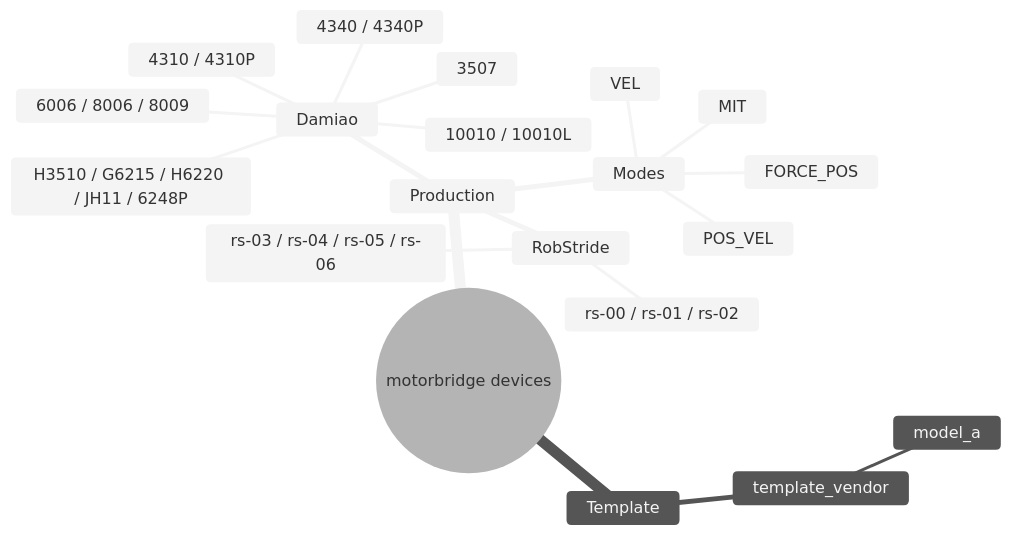
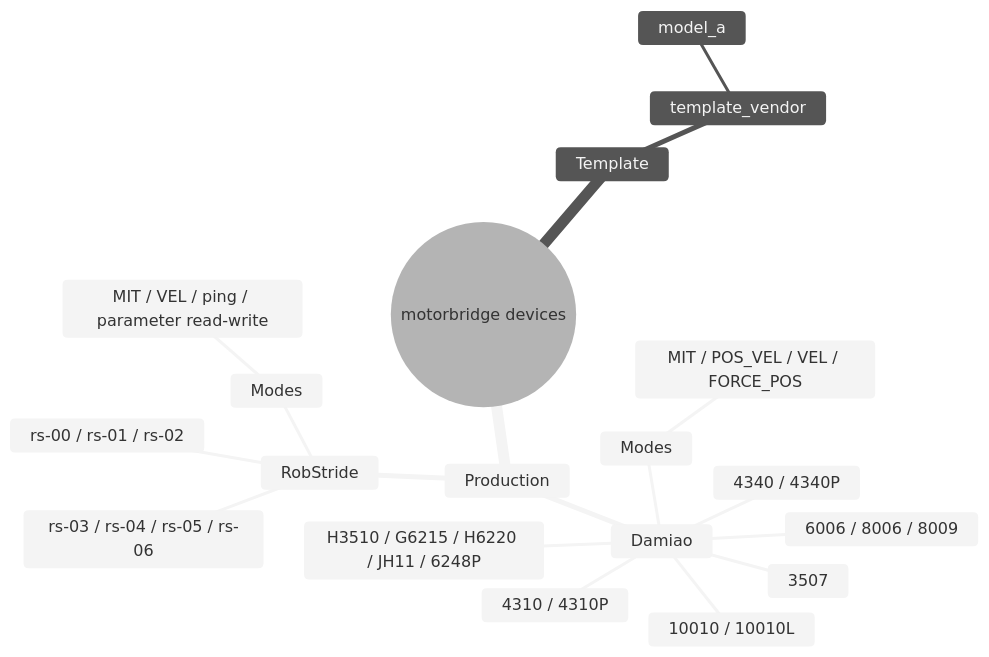
One commit to tianrking/motorbridge changed the diagram in docs/en/devices.md. Above: the diagram before and after it, drawn with Mermaid (neutral theme). The commit also changed 8 other files, not shown here.

Commit message:
docs: restore and sync architecture diagrams, scan guide, and CAN restart docs

````diff
--- a/docs/en/devices.md
+++ b/docs/en/devices.md
@@ -5,23 +5,22 @@
 ```mermaid
 mindmap
   root((motorbridge devices))
     Production
       Damiao
         3507
         4310 / 4310P
         4340 / 4340P
         6006 / 8006 / 8009
         10010 / 10010L
         H3510 / G6215 / H6220 / JH11 / 6248P
+        Modes
+          MIT / POS_VEL / VEL / FORCE_POS
       RobStride
         rs-00 / rs-01 / rs-02
         rs-03 / rs-04 / rs-05 / rs-06
-      Modes
-        MIT
-        POS_VEL
-        VEL
-        FORCE_POS
+        Modes
+          MIT / VEL / ping / parameter read-write
     Template
       template_vendor
         model_a
 ```
````
